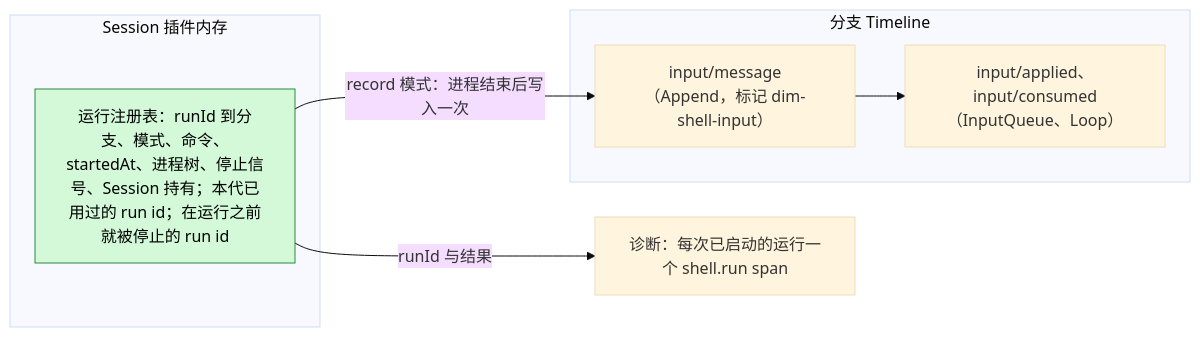
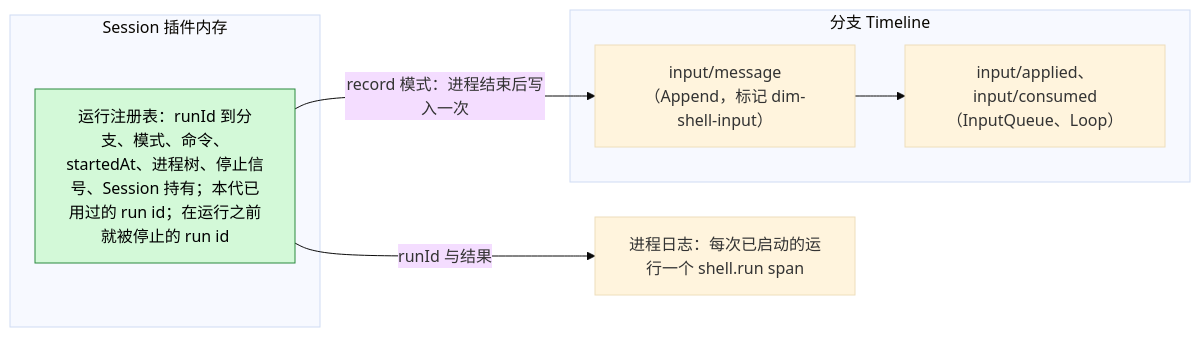
Before and after one commit to CoutinhoTTS/dim-agent: the second of 3 diagrams in docs/zh/design/plugins/ShellInput.md, drawn with Mermaid (base theme). The commit also changed other lines of this file and 23 other files, not shown here.

First line of the commit message:
docs: retire the trace archive from the design and architecture pages

````diff
--- a/docs/zh/design/plugins/ShellInput.md
+++ b/docs/zh/design/plugins/ShellInput.md
@@ -51,15 +51,15 @@
 ```mermaid
 flowchart LR
   subgraph MEM["Session 插件内存"]
     RR["运行注册表：runId 到分支、模式、命令、startedAt、进程树、停止信号、Session 持有；本代已用过的 run id；在运行之前就被停止的 run id"]:::new
   end
   subgraph TL["分支 Timeline"]
     IM["input/message（Append，标记 dim-shell-input）"]
     IA["input/applied、input/consumed（InputQueue、Loop）"]
   end
-  DG["诊断：每次已启动的运行一个 shell.run span"]
+  DG["进程日志：每次已启动的运行一个 shell.run span"]
   RR -- "record 模式：进程结束后写入一次" --> IM
   IM --> IA
   RR -- "runId 与结果" --> DG
   classDef new fill:#d3f9d8,stroke:#2b8a3e,color:#000
 ```
````
